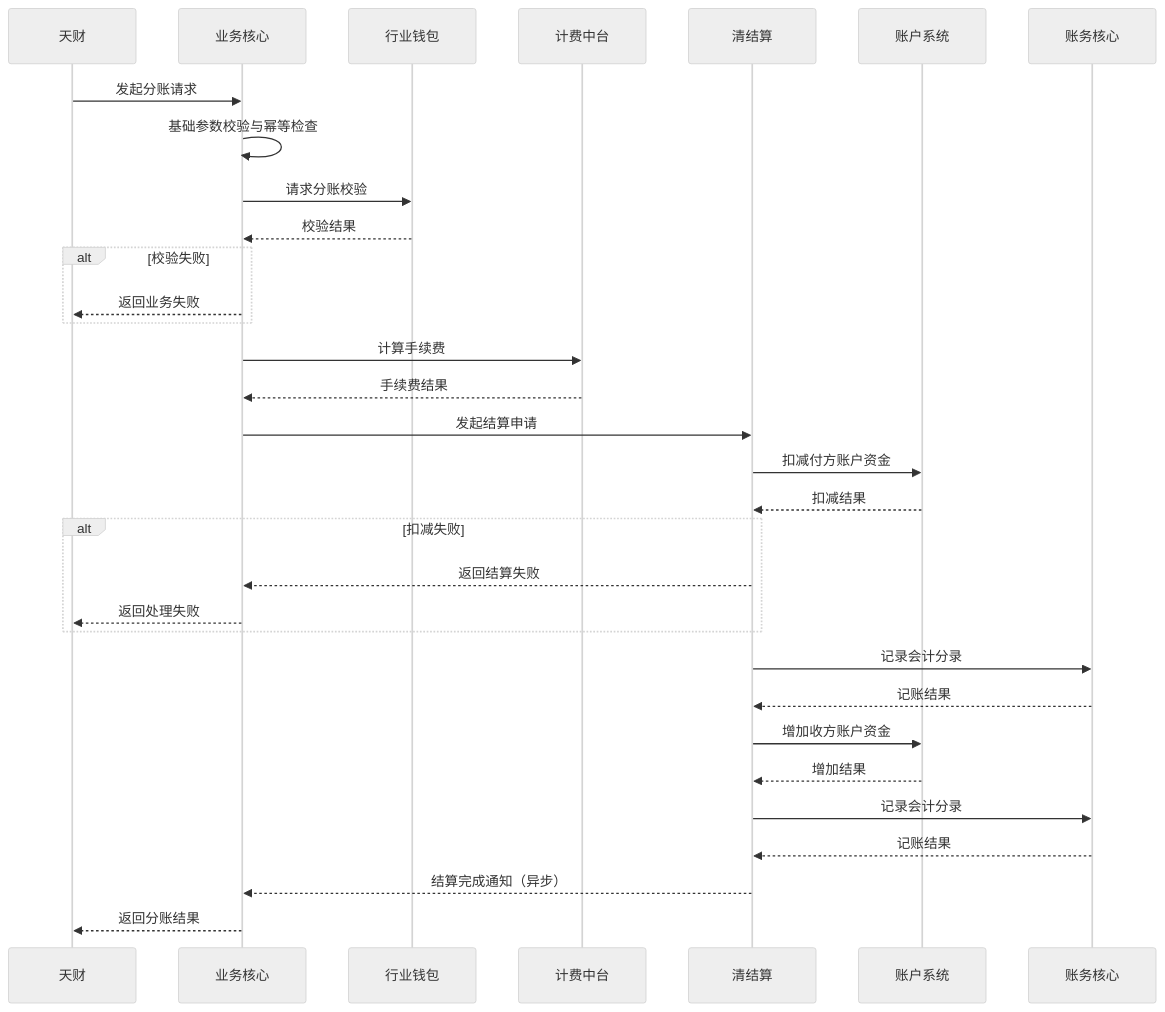
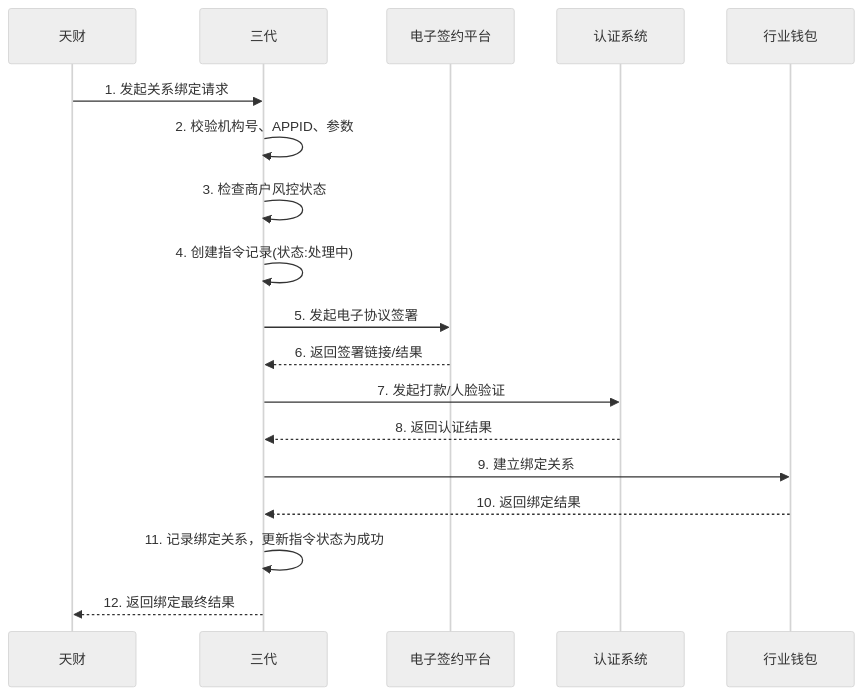
The fifth of 24 diagrams in data/天财分账需求/gpt-5.2/output/final_design_document.md (youzi211/AiCoding), drawn with Mermaid (neutral theme) before and after one commit. The commit also changed other lines of this file and 41 other files, not shown here.

````diff
--- a/data/天财分账需求/gpt-5.2/output/final_design_document.md
+++ b/data/天财分账需求/gpt-5.2/output/final_design_document.md
@@ -303,35 +346,21 @@
 ```mermaid
 sequenceDiagram
     participant 天财
-    participant 业务核心
+    participant 三代
+    participant 电子签约平台
+    participant 认证系统
     participant 行业钱包
-    participant 计费中台
-    participant 清结算
-    participant 账户系统
-    participant 账务核心
 
-    天财->>业务核心: 发起分账请求
-    业务核心->>业务核心: 基础参数校验与幂等检查
-    业务核心->>行业钱包: 请求分账校验
-    行业钱包-->>业务核心: 校验结果
-    alt 校验失败
-        业务核心-->>天财: 返回业务失败
-    end
-    业务核心->>计费中台: 计算手续费
-    计费中台-->>业务核心: 手续费结果
-    业务核心->>清结算: 发起结算申请
-    清结算->>账户系统: 扣减付方账户资金
-    账户系统-->>清结算: 扣减结果
-    alt 扣减失败
-        清结算-->>业务核心: 返回结算失败
-        业务核心-->>天财: 返回处理失败
-    end
-    清结算->>账务核心: 记录会计分录
-    账务核心-->>清结算: 记账结果
-    清结算->>账户系统: 增加收方账户资金
-    账户系统-->>清结算: 增加结果
-    清结算->>账务核心: 记录会计分录
-    账务核心-->>清结算: 记账结果
-    清结算-->>业务核心: 结算完成通知（异步）
-    业务核心-->>天财: 返回分账结果
+    天财->>三代: 1. 发起关系绑定请求
+    三代->>三代: 2. 校验机构号、APPID、参数
+    三代->>三代: 3. 检查商户风控状态
+    三代->>三代: 4. 创建指令记录(状态:处理中)
+    三代->>电子签约平台: 5. 发起电子协议签署
+    电子签约平台-->>三代: 6. 返回签署链接/结果
+    三代->>认证系统: 7. 发起打款/人脸验证
+    认证系统-->>三代: 8. 返回认证结果
+    三代->>行业钱包: 9. 建立绑定关系
+    行业钱包-->>三代: 10. 返回绑定结果
+    三代->>三代: 11. 记录绑定关系，更新指令状态为成功
+    三代-->>天财: 12. 返回绑定最终结果
 ```
````
